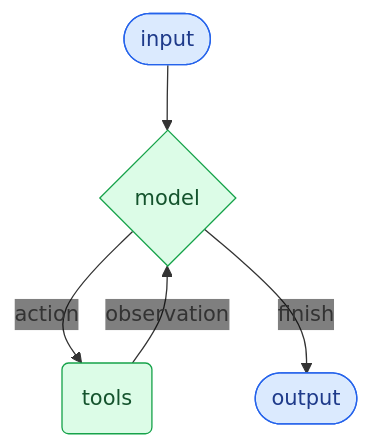
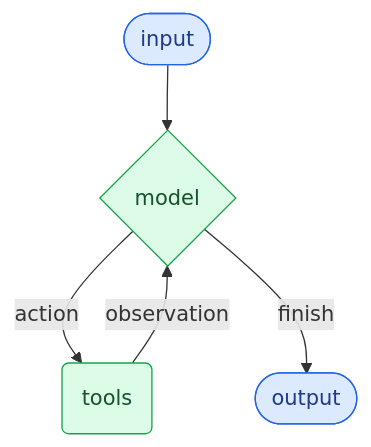
One commit to ruiyuwg/anytext changed the diagram in registry/docs/langchain/agents-2.md. Above: the diagram before and after it, drawn with Mermaid. The commit also changed other lines of this file and 37118 other files, not shown here.

````diff
--- a/registry/docs/langchain/agents-2.md
+++ b/registry/docs/langchain/agents-2.md
@@ -12,30 +12,29 @@
 ```mermaid theme={"theme":{"light":"catppuccin-latte","dark":"catppuccin-mocha"}}
 %%{
   init: {
     "fontFamily": "monospace",
     "flowchart": {
       "curve": "curve"
-    },
-    "themeVariables": {"edgeLabelBackground": "transparent"}
+    }
   }
 }%%
 graph TD
   %% Outside the agent
   QUERY([input])
   LLM{model}
   TOOL(tools)
   ANSWER([output])
 
   %% Main flows (no inline labels)
   QUERY --> LLM
   LLM --"action"--> TOOL
   TOOL --"observation"--> LLM
   LLM --"finish"--> ANSWER
 
   classDef blueHighlight fill:#DBEAFE,stroke:#2563EB,color:#1E3A8A;
   classDef greenHighlight fill:#DCFCE7,stroke:#16A34A,color:#14532D;
   class QUERY blueHighlight;
   class ANSWER blueHighlight;
   class LLM greenHighlight;
   class TOOL greenHighlight;
 ```
````
